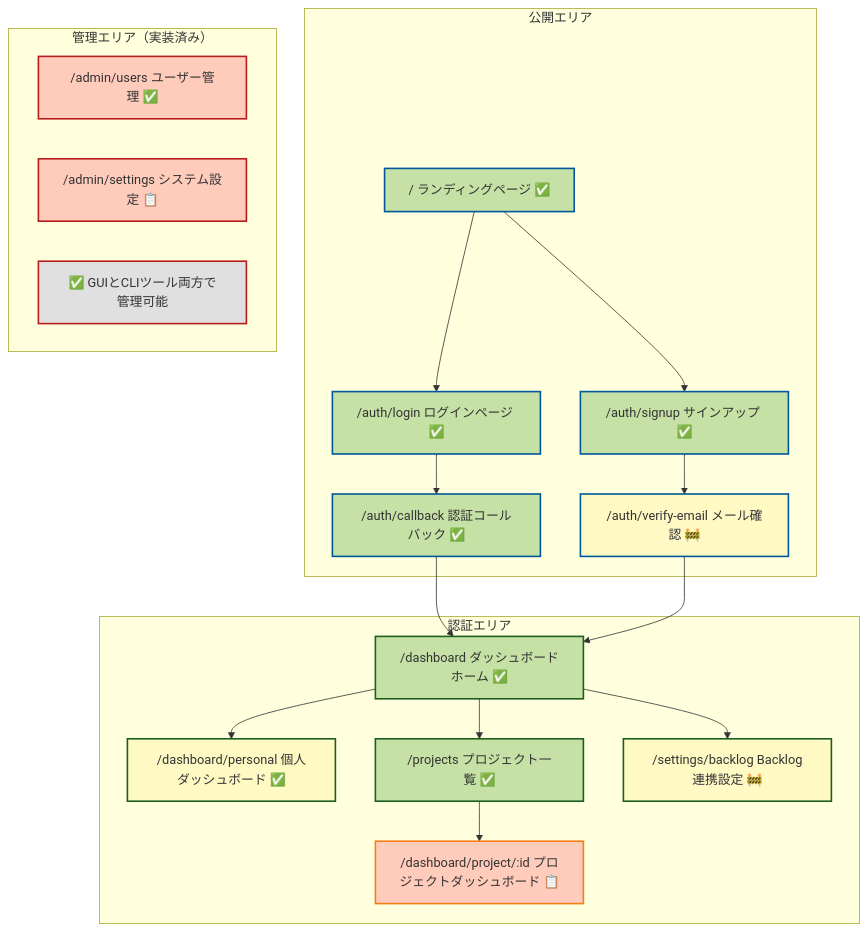
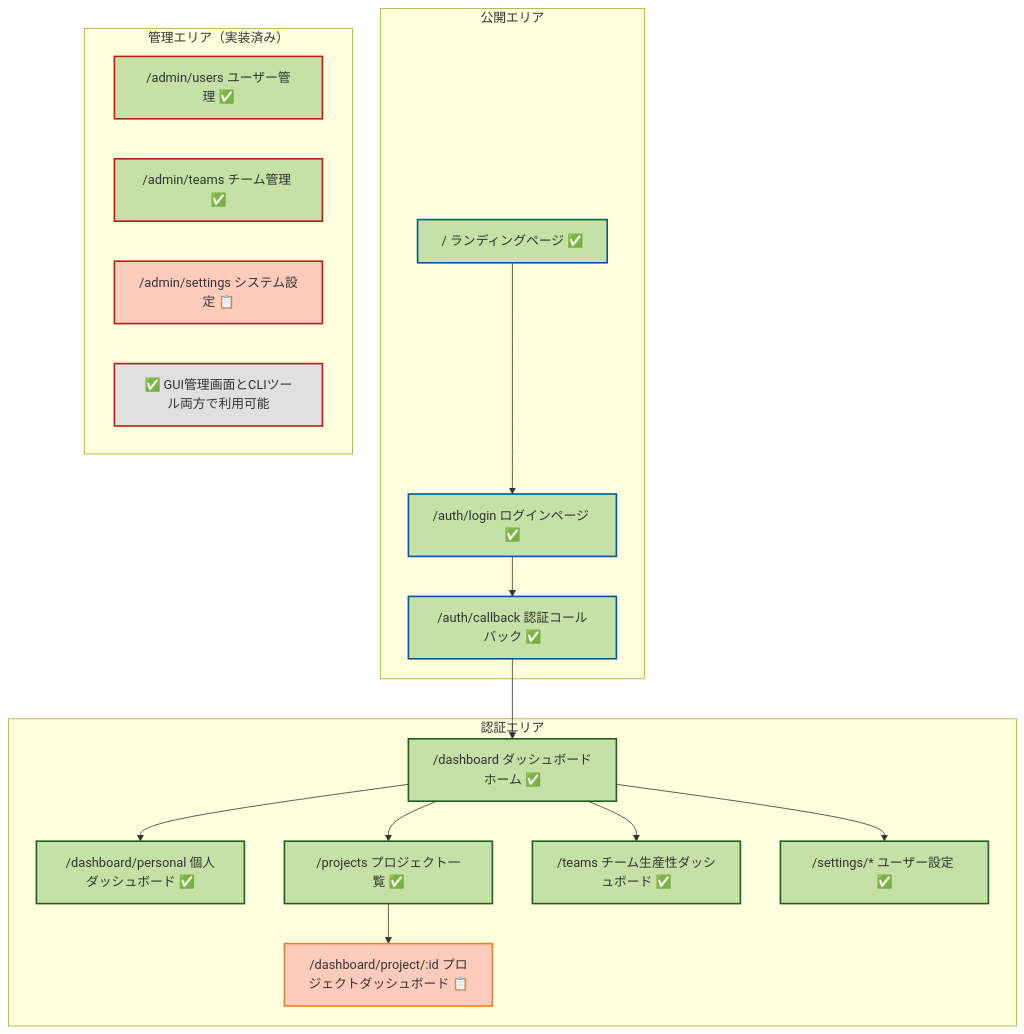
The seventh of 13 diagrams in Doc/mvp.md (rasshii/team-insight), drawn with Mermaid before and after one commit. The commit also changed other lines of this file and 1 other file, not shown here.

First line of the commit message:
docs: Update documentation to reflect Backlog OAuth-only authentication

````diff
--- a/Doc/mvp.md
+++ b/Doc/mvp.md
@@ -476,49 +477,47 @@
 ```mermaid
 graph TD
     subgraph "公開エリア"
         A["/ ランディングページ ✅"]
-        B["/auth/signup サインアップ ✅"]
-        C["/auth/login ログインページ ✅"]
-        D["/auth/callback 認証コールバック ✅"]
-        E["/auth/verify-email メール確認 🚧"]
+        B["/auth/login ログインページ ✅"]
+        C["/auth/callback 認証コールバック ✅"]
     end
 
     subgraph "認証エリア"
-        F["/dashboard ダッシュボードホーム ✅"]
-        G["/dashboard/personal 個人ダッシュボード ✅"]
-        H["/projects プロジェクト一覧 ✅"]
-        I["/dashboard/project/:id プロジェクトダッシュボード 📋"]
-        J["/settings/backlog Backlog連携設定 🚧"]
+        D["/dashboard ダッシュボードホーム ✅"]
+        E["/dashboard/personal 個人ダッシュボード ✅"]
+        F["/projects プロジェクト一覧 ✅"]
+        G["/teams チーム生産性ダッシュボード ✅"]
+        H["/dashboard/project/:id プロジェクトダッシュボード 📋"]
+        I["/settings/* ユーザー設定 ✅"]
     end
 
     subgraph "管理エリア（実装済み）"
-        K["/admin/users ユーザー管理 ✅"]
+        J["/admin/users ユーザー管理 ✅"]
+        K["/admin/teams チーム管理 ✅"]
         L["/admin/settings システム設定 📋"]
-        M["✅ GUIとCLIツール両方で管理可能"]
+        M["✅ GUI管理画面とCLIツール両方で利用可能"]
     end
 
     A --> B
-    A --> C
-    B --> E
+    B --> C
     C --> D
+    D --> E
     D --> F
-    E --> F
-    F --> G
+    D --> G
+    D --> I
     F --> H
-    F --> J
-    H --> I
 
     style A fill:#c5e1a5,stroke:#01579b,stroke-width:2px
     style B fill:#c5e1a5,stroke:#01579b,stroke-width:2px
     style C fill:#c5e1a5,stroke:#01579b,stroke-width:2px
-    style D fill:#c5e1a5,stroke:#01579b,stroke-width:2px
-    style E fill:#fff9c4,stroke:#01579b,stroke-width:2px
+    style D fill:#c5e1a5,stroke:#1b5e20,stroke-width:2px
+    style E fill:#c5e1a5,stroke:#1b5e20,stroke-width:2px
     style F fill:#c5e1a5,stroke:#1b5e20,stroke-width:2px
-    style G fill:#fff9c4,stroke:#1b5e20,stroke-width:2px
-    style H fill:#c5e1a5,stroke:#1b5e20,stroke-width:2px
-    style J fill:#fff9c4,stroke:#1b5e20,stroke-width:2px
-    style I fill:#ffccbc,stroke:#f57f17,stroke-width:2px
-    style K fill:#ffccbc,stroke:#b71c1c,stroke-width:2px
+    style G fill:#c5e1a5,stroke:#1b5e20,stroke-width:2px
+    style H fill:#ffccbc,stroke:#f57f17,stroke-width:2px
+    style I fill:#c5e1a5,stroke:#1b5e20,stroke-width:2px
+    style J fill:#c5e1a5,stroke:#b71c1c,stroke-width:2px
+    style K fill:#c5e1a5,stroke:#b71c1c,stroke-width:2px
     style L fill:#ffccbc,stroke:#b71c1c,stroke-width:2px
     style M fill:#e0e0e0,stroke:#b71c1c,stroke-width:2px
 ```
````
